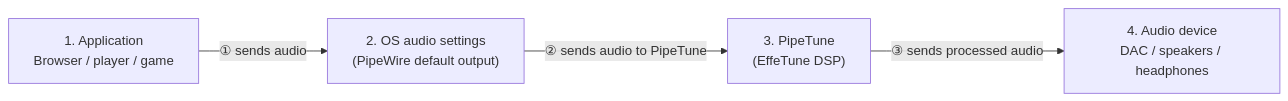
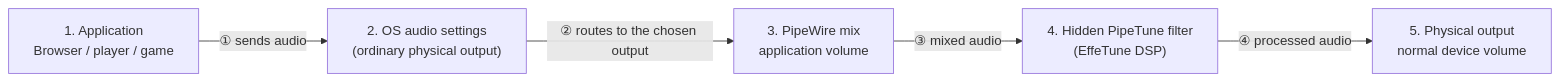
The diagram in README.md (kekyo/pipetune), drawn with Mermaid before and after one commit. The commit also changed other lines of this file and 4 other files, not shown here.

````diff
--- a/README.md
+++ b/README.md
@@ -128,11 +136,13 @@
 ```mermaid
 flowchart LR
     app["1. Application<br/>Browser / player / game"]
-    os["2. OS audio settings<br/>(PipeWire default output)"]
-    tune["3. PipeTune<br/>(EffeTune DSP)"]
-    device["4. Audio device<br/>DAC / speakers / headphones"]
+    os["2. OS audio settings<br/>(ordinary physical output)"]
+    mix["3. PipeWire mix<br/>application volume"]
+    tune["4. Hidden PipeTune filter<br/>(EffeTune DSP)"]
+    device["5. Physical output<br/>normal device volume"]
 
     app -->|"① sends audio"| os
-    os -->|"② sends audio to PipeTune"| tune
-    tune -->|"③ sends processed audio"| device
+    os -->|"② routes to the chosen output"| mix
+    mix -->|"③ mixed audio"| tune
+    tune -->|"④ processed audio"| device
 ```
````
